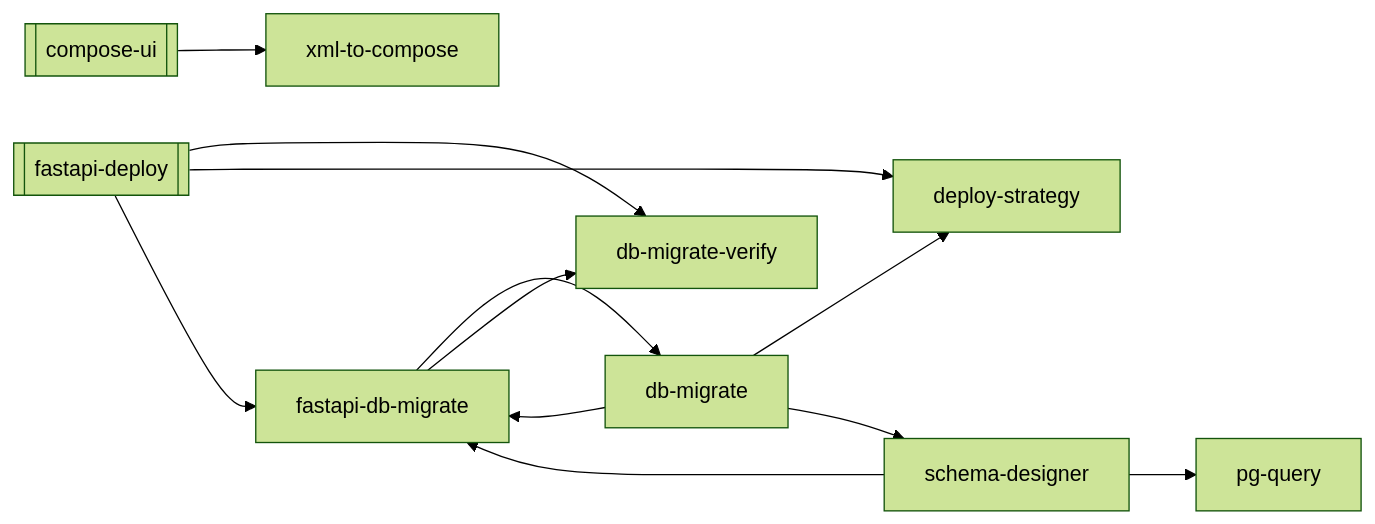
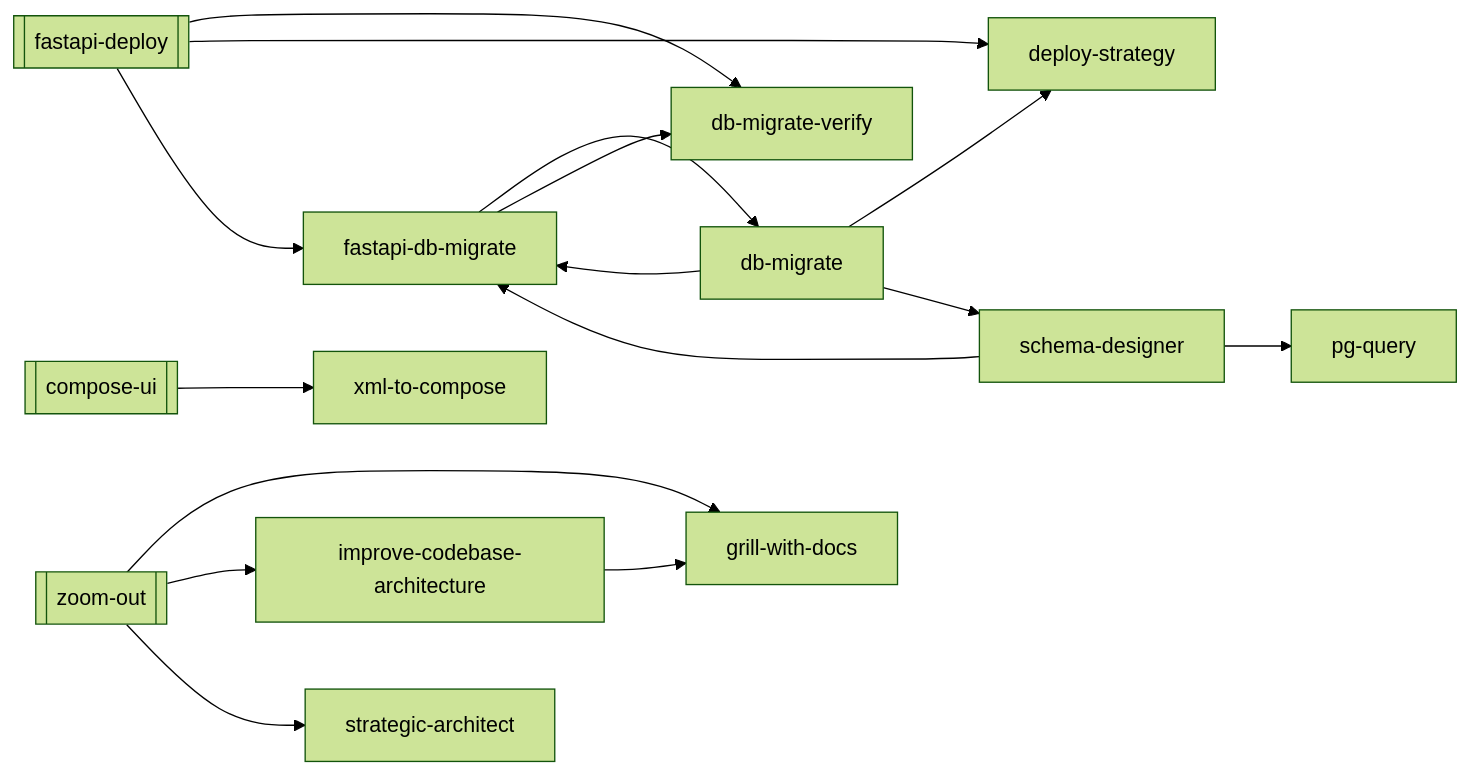
Before and after one commit to abhayla/claude-best-practices: the third of 30 diagrams in docs/workflows/_needs-manual-review.md, drawn with Mermaid (forest theme). The commit also changed other lines of this file and 13 other files, not shown here.

````diff
--- a/docs/workflows/_needs-manual-review.md
+++ b/docs/workflows/_needs-manual-review.md
@@ -522,23 +548,31 @@
 ```mermaid
 graph LR
     compose_ui[["compose-ui"]]
     fastapi_deploy[["fastapi-deploy"]]
+    zoom_out[["zoom-out"]]
     db_migrate["db-migrate"]
     db_migrate_verify["db-migrate-verify"]
     deploy_strategy["deploy-strategy"]
     fastapi_db_migrate["fastapi-db-migrate"]
+    grill_with_docs["grill-with-docs"]
+    improve_codebase_architecture["improve-codebase-architecture"]
     pg_query["pg-query"]
     schema_designer["schema-designer"]
+    strategic_architect["strategic-architect"]
     xml_to_compose["xml-to-compose"]
     compose_ui --> xml_to_compose
     db_migrate --> deploy_strategy
     db_migrate --> fastapi_db_migrate
     db_migrate --> schema_designer
     fastapi_db_migrate --> db_migrate
     fastapi_db_migrate --> db_migrate_verify
     fastapi_deploy --> db_migrate_verify
     fastapi_deploy --> deploy_strategy
     fastapi_deploy --> fastapi_db_migrate
+    improve_codebase_architecture --> grill_with_docs
     schema_designer --> fastapi_db_migrate
     schema_designer --> pg_query
+    zoom_out --> grill_with_docs
+    zoom_out --> improve_codebase_architecture
+    zoom_out --> strategic_architect
 ```
````
